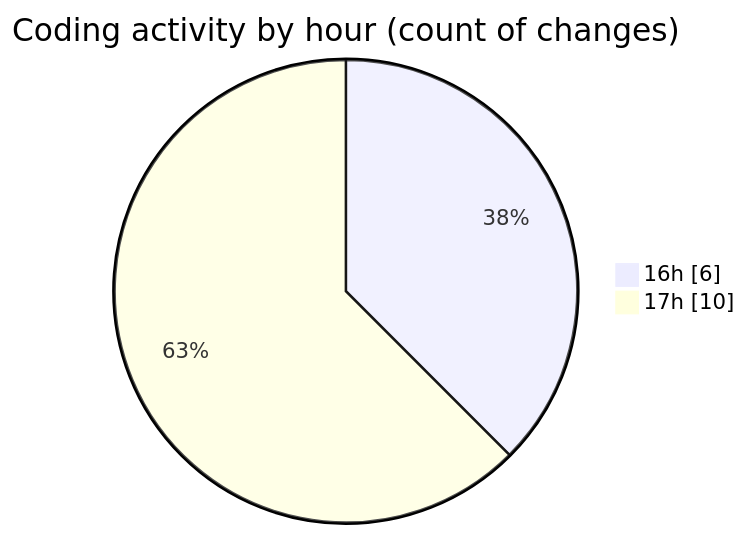
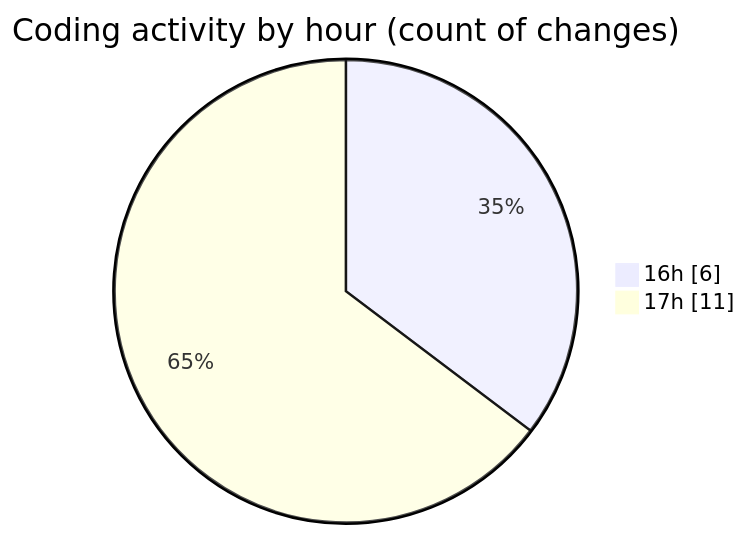
The second of 2 diagrams in 2025-06-22/studio-backend/README.md (idhammustaqopulfikri/code-tracking), drawn with Mermaid before and after one commit. The commit also changed other lines of this file and 1 other file, not shown here.

````diff
--- a/2025-06-22/studio-backend/README.md
+++ b/2025-06-22/studio-backend/README.md
@@ -34,6 +34,6 @@
 ```mermaid
 pie showData
 title Coding activity by hour (count of changes)
 "16h" : 6
-"17h" : 10
+"17h" : 11
 ```
````
